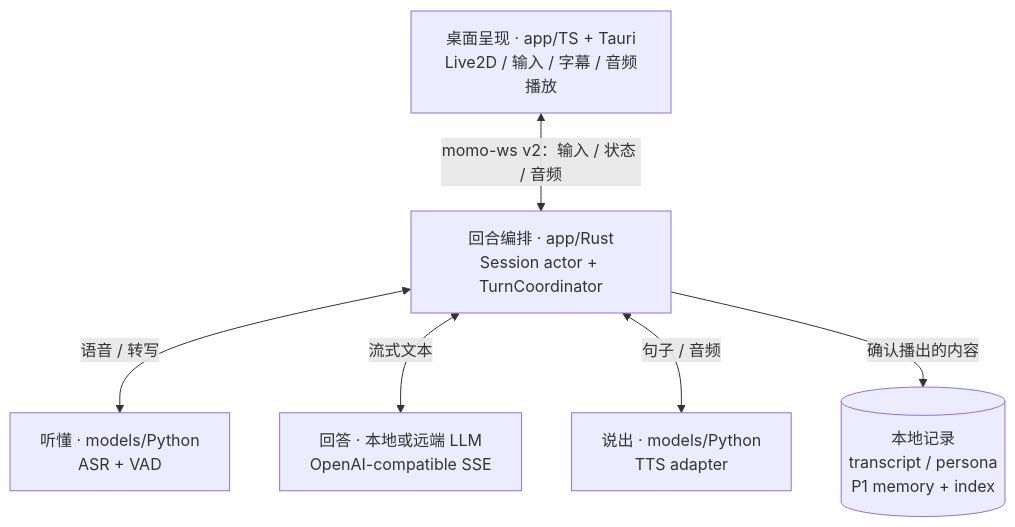
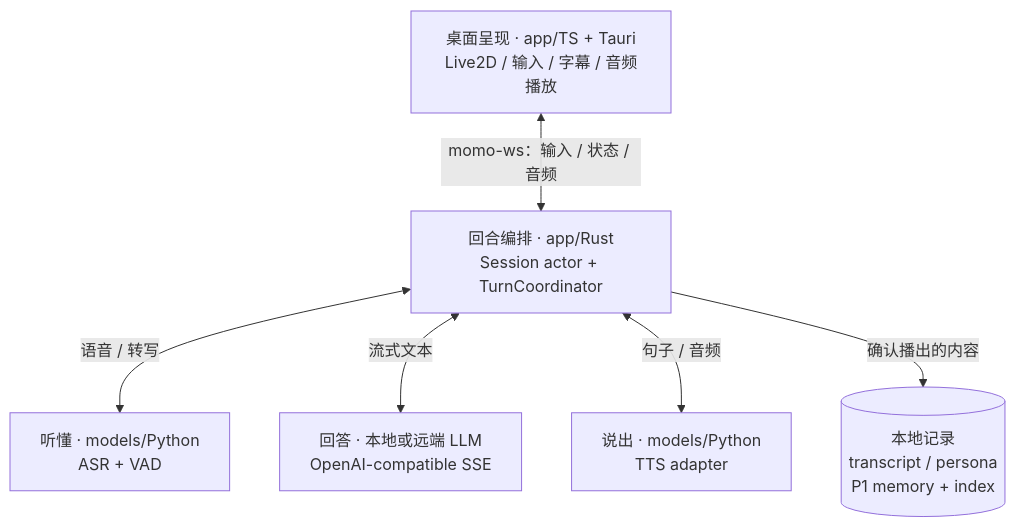
The first of 5 diagrams in docs/01-architecture/system.md (Momoyeyu/momo), drawn with Mermaid before and after one commit. The commit also changed other lines of this file and 23 other files, not shown here.

````diff
--- a/docs/01-architecture/system.md
+++ b/docs/01-architecture/system.md
@@ -7,14 +7,14 @@
 ```mermaid
 flowchart TB
     DESK["桌面呈现 · app/TS + Tauri<br/>Live2D / 输入 / 字幕 / 音频播放"]
     TURN["回合编排 · app/Rust<br/>Session actor + TurnCoordinator"]
     ASR["听懂 · models/Python<br/>ASR + VAD"]
     LLM["回答 · 本地或远端 LLM<br/>OpenAI-compatible SSE"]
     TTS["说出 · models/Python<br/>TTS adapter"]
     DATA[("本地记录<br/>transcript / persona<br/>P1 memory + index")]
-    DESK <-->|"momo-ws v2：输入 / 状态 / 音频"| TURN
+    DESK <-->|"momo-ws：输入 / 状态 / 音频"| TURN
     TURN <-->|"语音 / 转写"| ASR
     TURN <-->|"流式文本"| LLM
     TURN <-->|"句子 / 音频"| TTS
     TURN -->|"确认播出的内容"| DATA
 ```
````
